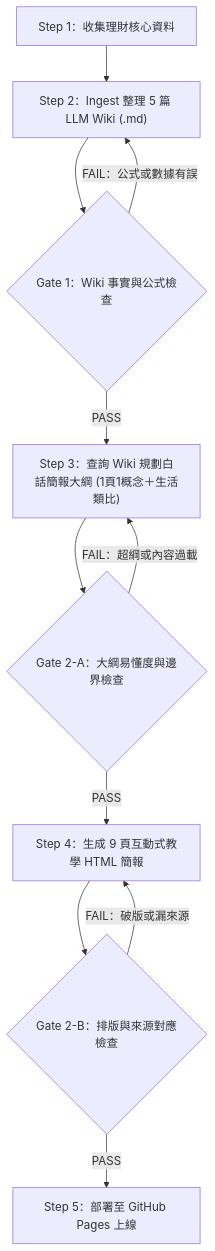
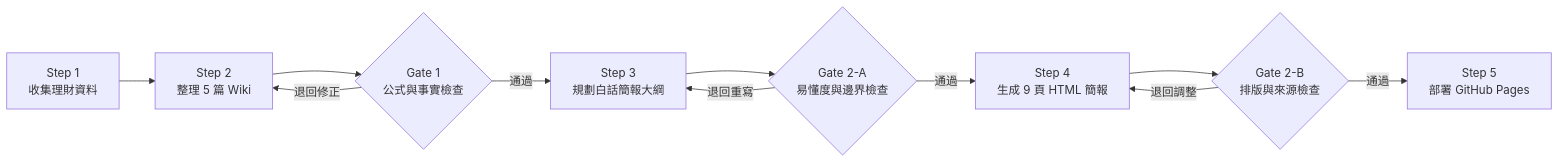
Before and after one commit to usarmena/investing-wiki: the diagram in README.md, drawn with Mermaid.

Commit message:
fix: prevent CJK text clipping in Mermaid workflow diagram

````diff
--- a/README.md
+++ b/README.md
@@ -12,13 +12,13 @@
 ```mermaid
-flowchart TD
-    A["Step 1：收集理財核心資料"] --> B["Step 2：Ingest 整理 5 篇 LLM Wiki (.md)"]
-    B --> C{"Gate 1：Wiki 事實與公式檢查"}
-    C -- "FAIL：公式或數據有誤" --> B
-    C -- "PASS" --> D["Step 3：查詢 Wiki 規劃白話簡報大綱 (1頁1概念＋生活類比)"]
-    D --> E{"Gate 2-A：大綱易懂度與邊界檢查"}
-    E -- "FAIL：超綱或內容過載" --> D
-    E -- "PASS" --> F["Step 4：生成 9 頁互動式教學 HTML 簡報"]
-    F --> G{"Gate 2-B：排版與來源對應檢查"}
-    G -- "FAIL：破版或漏來源" --> F
-    G -- "PASS" --> H["Step 5：部署至 GitHub Pages 上線"]
+flowchart LR
+    A["Step 1<br/>收集理財資料"] --> B["Step 2<br/>整理 5 篇 Wiki"]
+    B --> C{"Gate 1<br/>公式與事實檢查"}
+    C -- "退回修正" --> B
+    C -- "通過" --> D["Step 3<br/>規劃白話簡報大綱"]
+    D --> E{"Gate 2-A<br/>易懂度與邊界檢查"}
+    E -- "退回重寫" --> D
+    E -- "通過" --> F["Step 4<br/>生成 9 頁 HTML 簡報"]
+    F --> G{"Gate 2-B<br/>排版與來源檢查"}
+    G -- "退回調整" --> F
+    G -- "通過" --> H["Step 5<br/>部署 GitHub Pages"]
 ```
````
